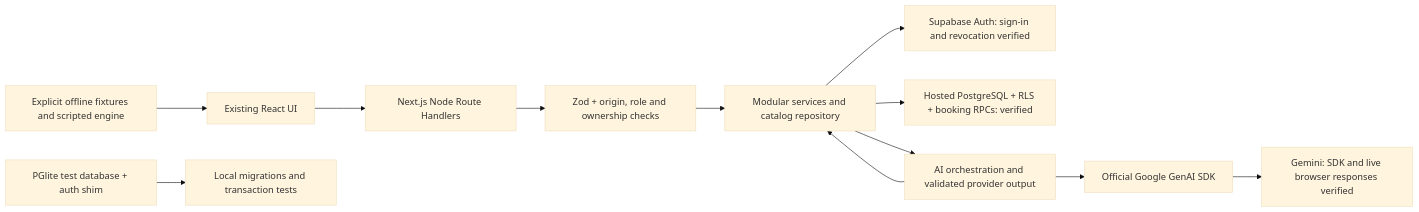
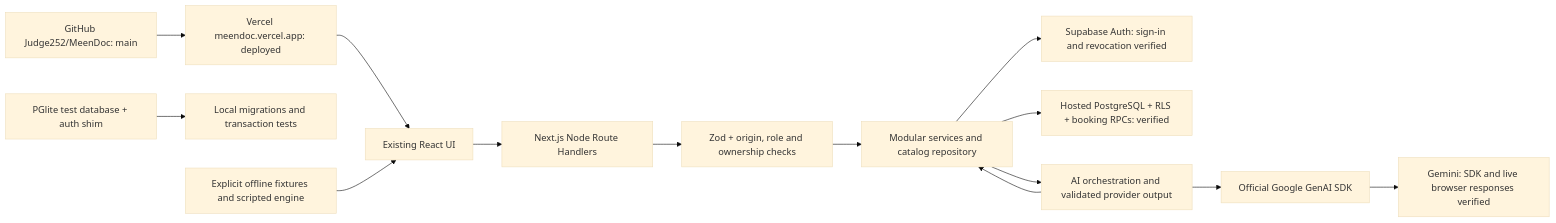
One commit to Judge252/MeenDoc changed the diagram in docs/ARCHITECTURE.md. Above: the diagram before and after it, drawn with Mermaid (base theme). The commit also changed other lines of this file and 21 other files, not shown here.

````diff
--- a/docs/ARCHITECTURE.md
+++ b/docs/ARCHITECTURE.md
@@ -5,14 +5,16 @@
 ```mermaid
 flowchart LR
-  UI["Existing React UI"] --> BFF["Next.js Node Route Handlers"]
+  REPO["GitHub Judge252/MeenDoc: main"] --> HOST["Vercel meendoc.vercel.app: deployed"]
+  HOST --> UI["Existing React UI"]
+  UI --> BFF["Next.js Node Route Handlers"]
   BFF --> V["Zod + origin, role and ownership checks"]
   V --> S["Modular services and catalog repository"]
   S --> AUTH["Supabase Auth: sign-in and revocation verified"]
   S --> DB["Hosted PostgreSQL + RLS + booking RPCs: verified"]
   S --> AI["AI orchestration and validated provider output"]
   AI --> SDK["Official Google GenAI SDK"]
   SDK --> G["Gemini: SDK and live browser responses verified"]
   AI --> S
   TEST["PGlite test database + auth shim"] --> SQL["Local migrations and transaction tests"]
   OFF["Explicit offline fixtures and scripted engine"] --> UI
 ```
````
